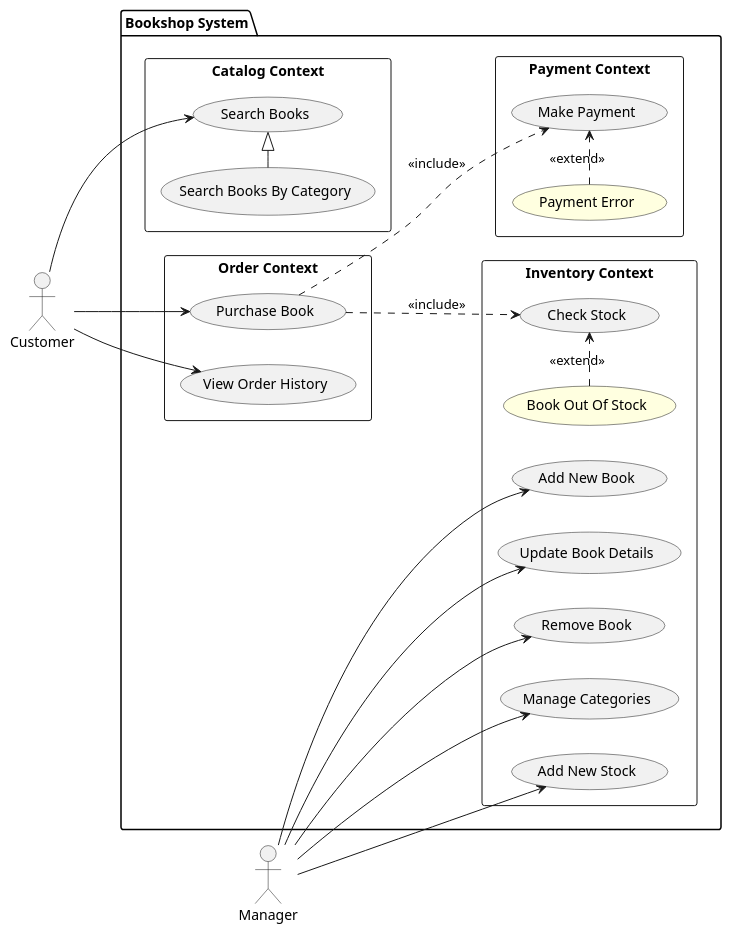
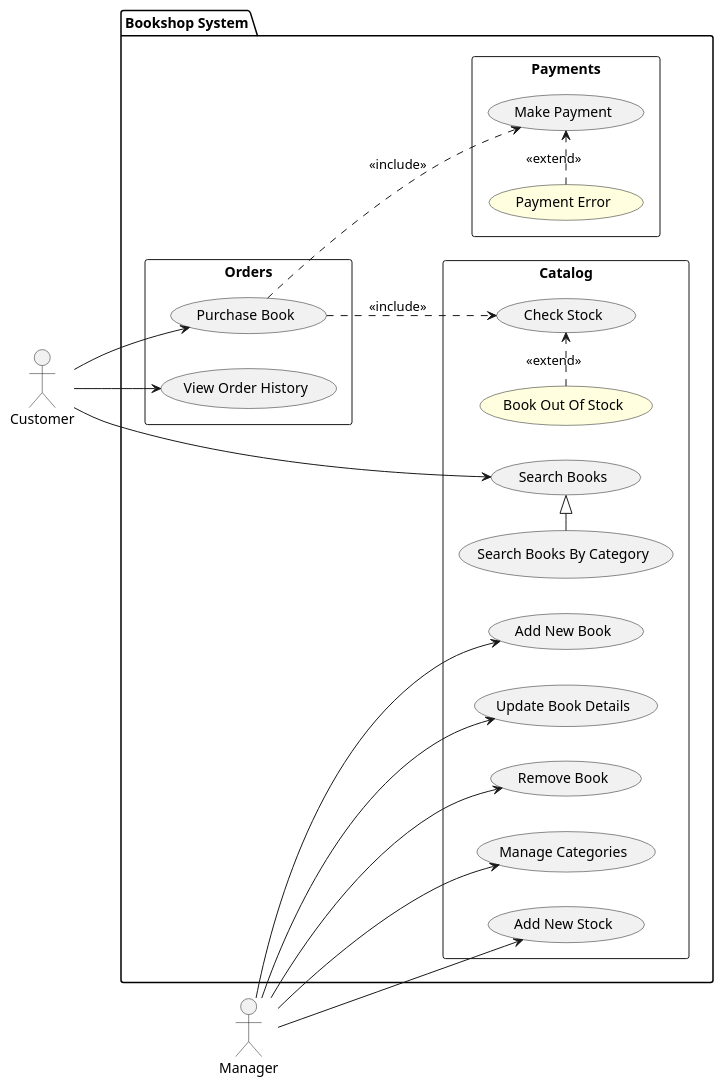
The diagram in docs/architecture/use-case-diagrams/overview.puml (mikelgoig/php-microservice-example), drawn with PlantUML before and after one commit. The commit also changed 19 other files, not shown here.

Commit message:
docs: rename and update bounded contexts and diagrams

```diff
--- a/docs/architecture/use-case-diagrams/overview.puml
+++ b/docs/architecture/use-case-diagrams/overview.puml
@@ -1,49 +1,46 @@
 @startuml overview
 left to right direction
 
 actor Customer
 actor Manager
 
 package "Bookshop System" {
-    rectangle "Inventory Context" {
+    rectangle Catalog {
         usecase "Add New Book"
         usecase "Update Book Details"
         usecase "Remove Book"
         usecase "Manage Categories"
         usecase "Add New Stock"
         usecase "Check Stock"
         usecase "Book Out Of Stock" #lightyellow
+        usecase "Search Books"
+        usecase "Search Books By Category"
+        "Search Books By Category" -right-|> "Search Books"
         "Book Out Of Stock" .right.> "Check Stock" : <<extend>>
     }
 
-    rectangle "Catalog Context" {
-        usecase "Search Books"
-        usecase "Search Books By Category"
-        "Search Books By Category" -right-|> "Search Books"
-    }
-
-    rectangle "Order Context" {
+    rectangle Orders {
         usecase "Purchase Book"
         usecase "View Order History"
     }
 
-    rectangle "Payment Context" {
+    rectangle Payments {
         usecase "Make Payment"
         usecase "Payment Error" #lightyellow
         "Payment Error" .right.> "Make Payment" : <<extend>>
     }
 }
 
 Manager --> "Add New Book"
 Manager --> "Update Book Details"
 Manager --> "Remove Book"
 Manager --> "Add New Stock"
 Manager --> "Manage Categories"
 
 Customer --> "Search Books"
 
 Customer --> "Purchase Book"
 "Purchase Book" ..> "Check Stock" : <<include>>
 "Purchase Book" ..> "Make Payment" : <<include>>
 Customer --> "View Order History"
 @enduml
```
